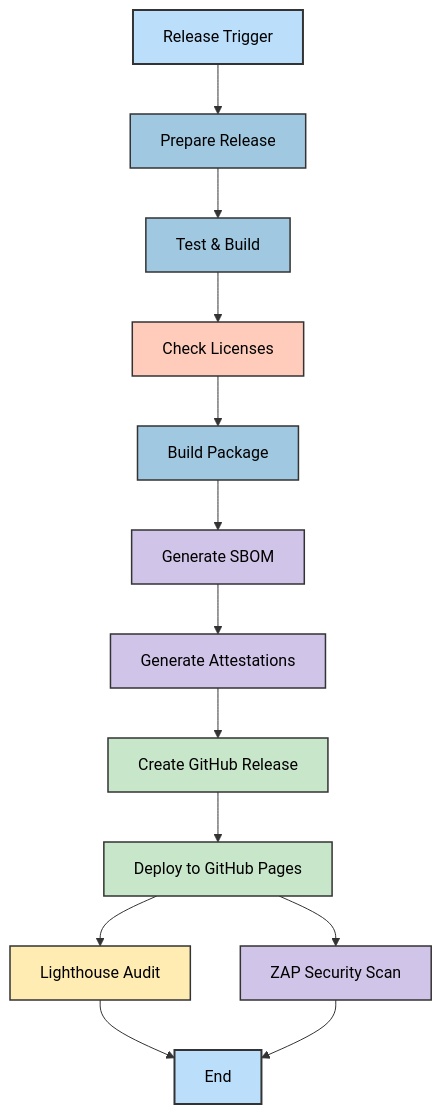
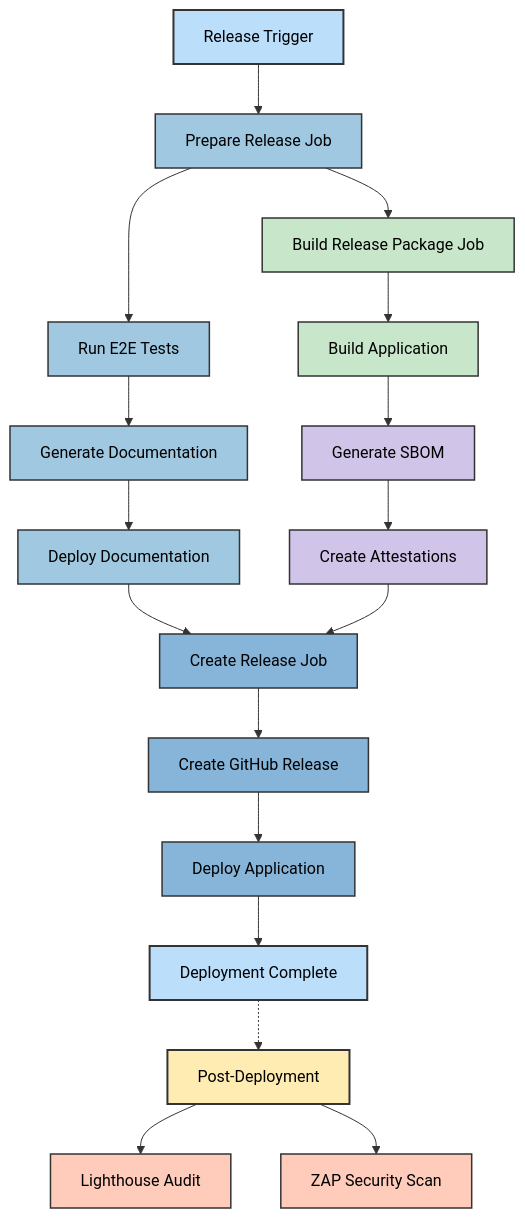
The seventh of 11 diagrams in docs/architecture/WORKFLOWS.md (Hack23/cia-compliance-manager), drawn with Mermaid before and after one commit. The commit also changed other lines of this file and 1 other file, not shown here.

````diff
--- a/docs/architecture/WORKFLOWS.md
+++ b/docs/architecture/WORKFLOWS.md
@@ -416,31 +635,39 @@
 ```mermaid
 flowchart TD
-    Start[Release Trigger] --> Prepare[Prepare Release]
-    Prepare --> TestBuild[Test & Build]
-    TestBuild --> LicenseCheck[Check Licenses]
-    LicenseCheck --> Build[Build Package]
-    Build --> SBOM[Generate SBOM]
-    SBOM --> Attestation[Generate Attestations]
-    Attestation --> CreateRelease[Create GitHub Release]
-    CreateRelease --> Deploy[Deploy to GitHub Pages]
-    Deploy --> LighthouseAudit[Lighthouse Audit]
-    Deploy --> ZAPScan[ZAP Security Scan]
-    LighthouseAudit --> End[End]
-    ZAPScan --> End
+    Start[Release Trigger] --> Prepare[Prepare Release Job]
+    Prepare --> PrepareTests[Run E2E Tests]
+    PrepareTests --> PrepareDocs[Generate Documentation]
+    PrepareDocs --> PrepareDeployDocs[Deploy Documentation]
+    
+    Prepare --> Build[Build Release Package Job]
+    Build --> BuildApp[Build Application]
+    BuildApp --> BuildSBOM[Generate SBOM]
+    BuildSBOM --> BuildAttest[Create Attestations]
+    
+    PrepareDeployDocs --> Release[Create Release Job]
+    BuildAttest --> Release
+    Release --> CreateGHRelease[Create GitHub Release]
+    CreateGHRelease --> DeployApp[Deploy Application]
+    DeployApp --> End[Deployment Complete]
+    
+    End -.-> PostDeploy[Post-Deployment]
+    PostDeploy --> Lighthouse[Lighthouse Audit]
+    PostDeploy --> ZAPScan[ZAP Security Scan]
 
     %% Enhanced styling with better visual hierarchy
     classDef startNode fill:#bbdefb,stroke:#333,stroke-width:2px,color:black
-    classDef processNode fill:#a0c8e0,stroke:#333,stroke-width:1.5px,color:black
+    classDef prepareNode fill:#a0c8e0,stroke:#333,stroke-width:1.5px,color:black
+    classDef buildNode fill:#c8e6c9,stroke:#333,stroke-width:1.5px,color:black
     classDef securityNode fill:#d1c4e9,stroke:#333,stroke-width:1.5px,color:black
-    classDef deployNode fill:#c8e6c9,stroke:#333,stroke-width:1.5px,color:black
-    classDef endNode fill:#86b5d9,stroke:#333,stroke-width:2px,color:black
-    classDef checkNode fill:#ffccbc,stroke:#333,stroke-width:1.5px,color:black
-    classDef auditNode fill:#ffecb3,stroke:#333,stroke-width:1.5px,color:black
+    classDef deployNode fill:#86b5d9,stroke:#333,stroke-width:1.5px,color:black
+    classDef endNode fill:#ffecb3,stroke:#333,stroke-width:2px,color:black
+    classDef auditNode fill:#ffccbc,stroke:#333,stroke-width:1.5px,color:black
 
     class Start,End startNode
-    class Prepare,TestBuild,Build processNode
-    class SBOM,Attestation,ZAPScan securityNode
-    class CreateRelease,Deploy deployNode
-    class LicenseCheck checkNode
-    class LighthouseAudit auditNode
+    class Prepare,PrepareTests,PrepareDocs,PrepareDeployDocs prepareNode
+    class Build,BuildApp buildNode
+    class BuildSBOM,BuildAttest securityNode
+    class Release,CreateGHRelease,DeployApp deployNode
+    class PostDeploy endNode
+    class Lighthouse,ZAPScan auditNode
 ```
````
